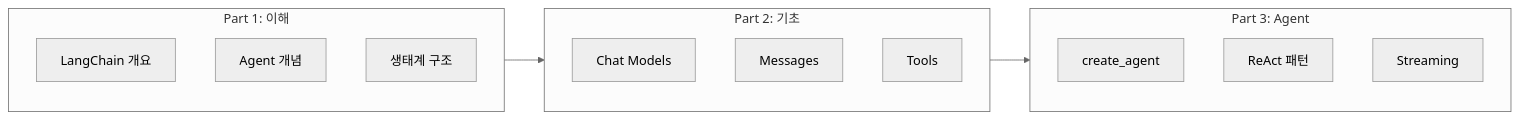
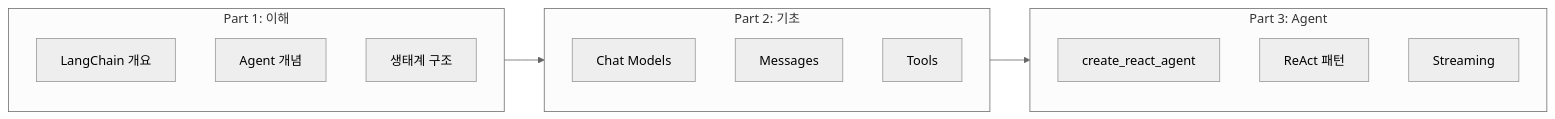
One commit to restful3/langchain-docs changed the second of 6 diagrams in langchain/README.md. Above: the diagram before and after it, drawn with Mermaid (neutral theme). The commit also changed other lines of this file and 6 other files, not shown here.

````diff
--- a/langchain/README.md
+++ b/langchain/README.md
@@ -181,19 +181,19 @@
 ```mermaid
 flowchart LR
     subgraph Part1["Part 1: 이해"]
         A1[LangChain 개요]
         A2[Agent 개념]
         A3[생태계 구조]
     end
     subgraph Part2["Part 2: 기초"]
         B1[Chat Models]
         B2[Messages]
         B3[Tools]
     end
     subgraph Part3["Part 3: Agent"]
-        C1[create_agent]
+        C1[create_react_agent]
         C2[ReAct 패턴]
         C3[Streaming]
     end
     Part1 --> Part2 --> Part3
 ```
````
